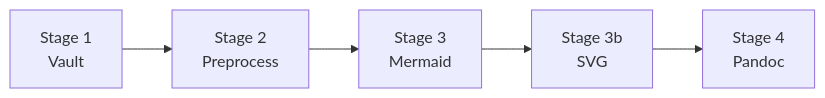
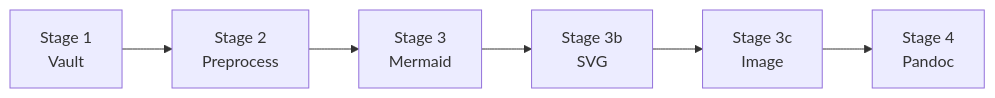
Before and after one commit to neuralsignal/obsidian-export: the diagram in docs/concepts/pipeline.md, drawn with Mermaid. The commit also changed other lines of this file and 5 other files, not shown here.

````diff
--- a/docs/concepts/pipeline.md
+++ b/docs/concepts/pipeline.md
@@ -5,9 +5,10 @@
 ```mermaid
 graph LR
     S1["Stage 1
 Vault"] --> S2["Stage 2
 Preprocess"] --> S3["Stage 3
 Mermaid"] --> S3b["Stage 3b
-SVG"] --> S4["Stage 4
+SVG"] --> S3c["Stage 3c
+Image"] --> S4["Stage 4
 Pandoc"]
 ```
````
